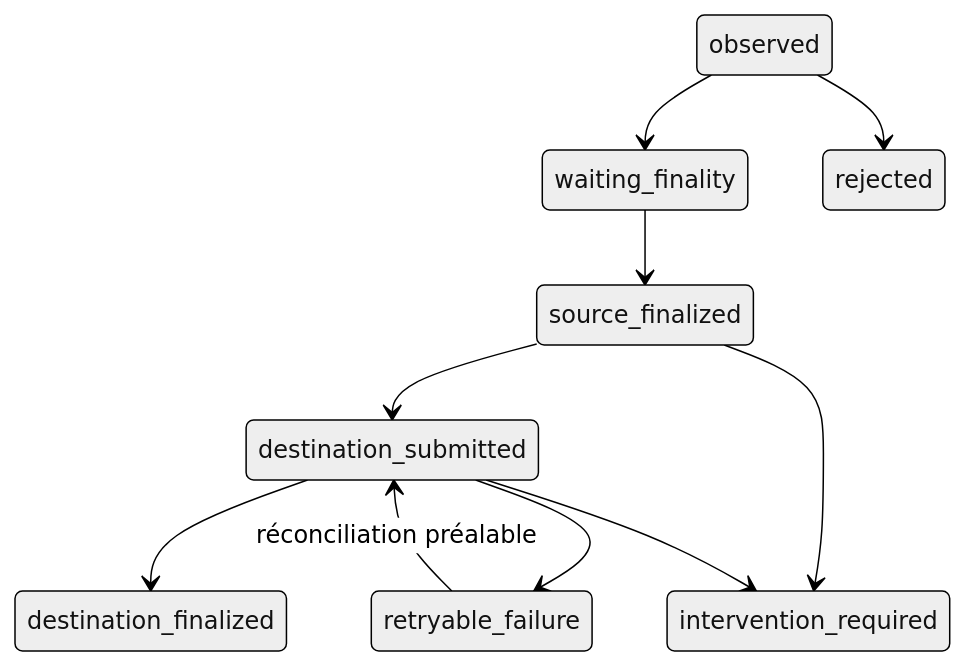
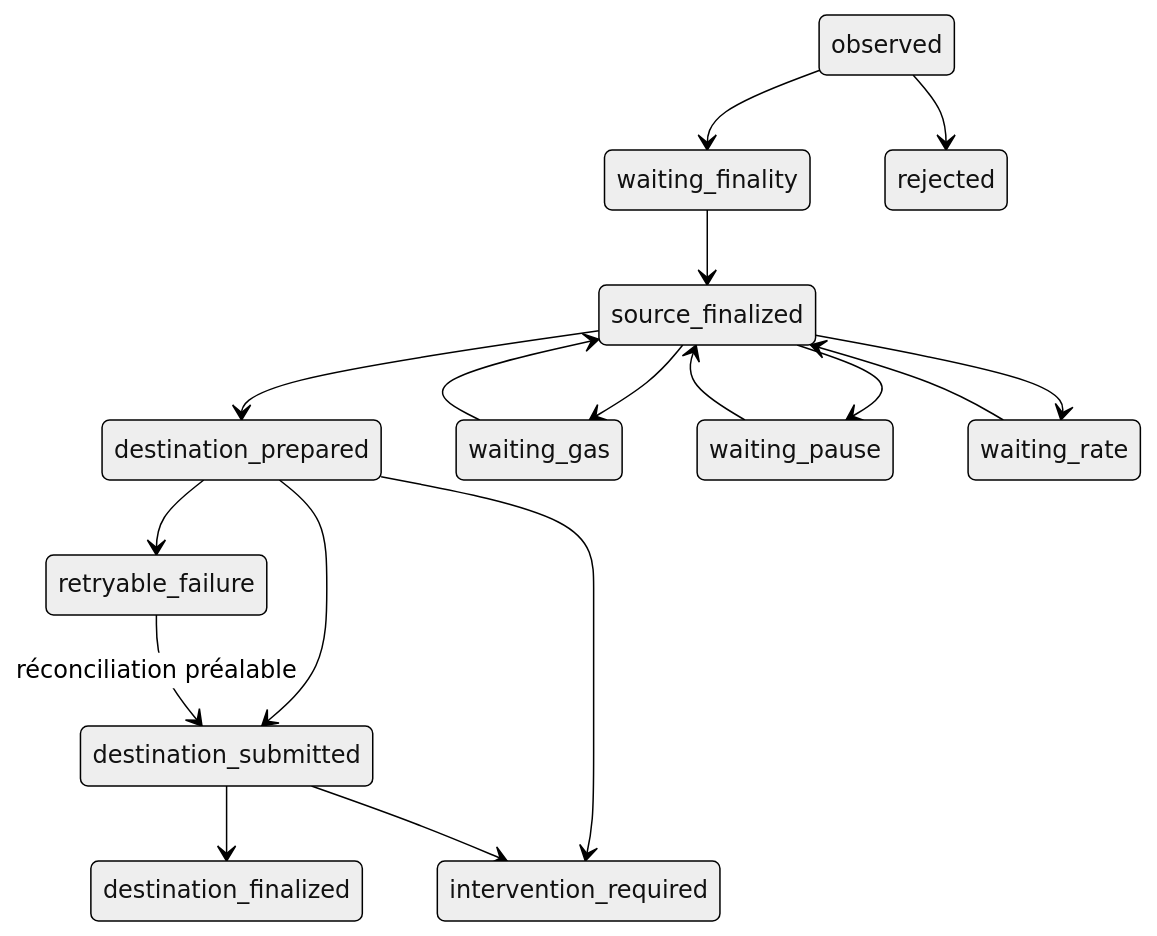
The diagram in docs/adr/0003-reprise-finalite.md (m4tth1euNa0p1c/sandb0x-Bridge-ERC20), drawn with Mermaid (neutral theme) before and after one commit. The commit also changed other lines of this file and 69 other files, not shown here.

````diff
--- a/docs/adr/0003-reprise-finalite.md
+++ b/docs/adr/0003-reprise-finalite.md
@@ -11,12 +46,19 @@
 ```mermaid
 stateDiagram-v2
     observed --> waiting_finality
     waiting_finality --> source_finalized
-    source_finalized --> destination_submitted
+    source_finalized --> destination_prepared
+    destination_prepared --> destination_submitted
     destination_submitted --> destination_finalized
+    source_finalized --> waiting_gas
+    source_finalized --> waiting_pause
+    source_finalized --> waiting_rate
+    waiting_gas --> source_finalized
+    waiting_pause --> source_finalized
+    waiting_rate --> source_finalized
+    destination_prepared --> retryable_failure
+    retryable_failure --> destination_submitted: réconciliation préalable
     observed --> rejected
-    destination_submitted --> retryable_failure
-    retryable_failure --> destination_submitted: réconciliation préalable
-    source_finalized --> intervention_required
+    destination_prepared --> intervention_required
     destination_submitted --> intervention_required
 ```
````
